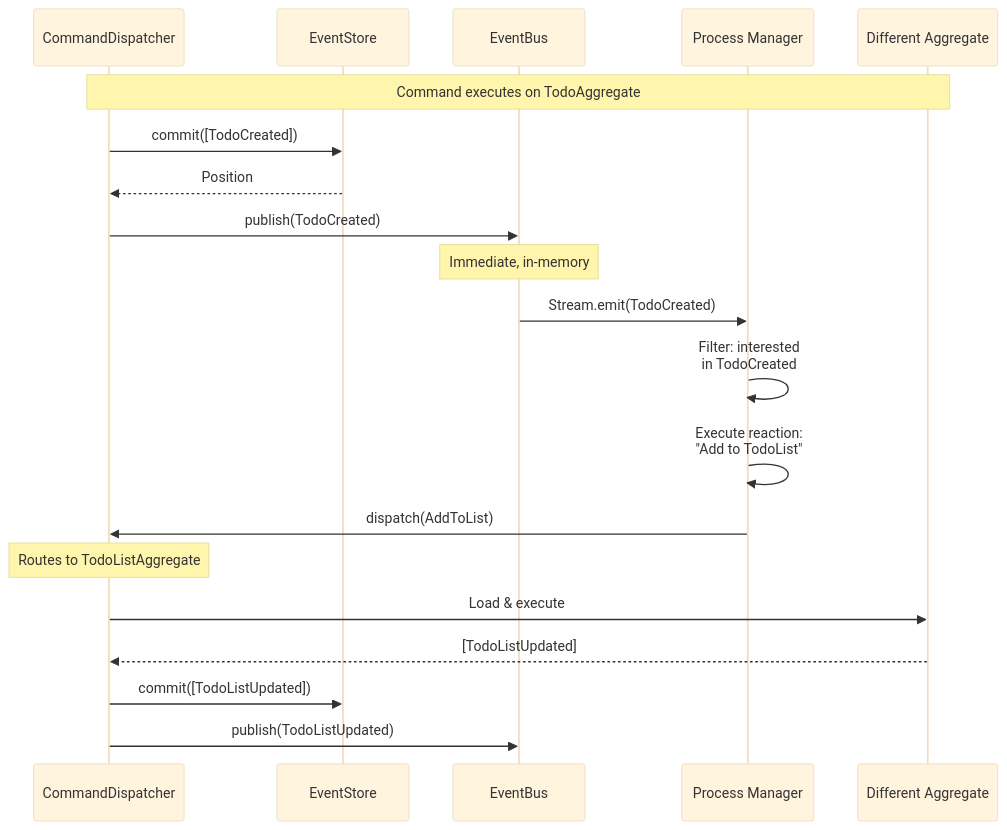
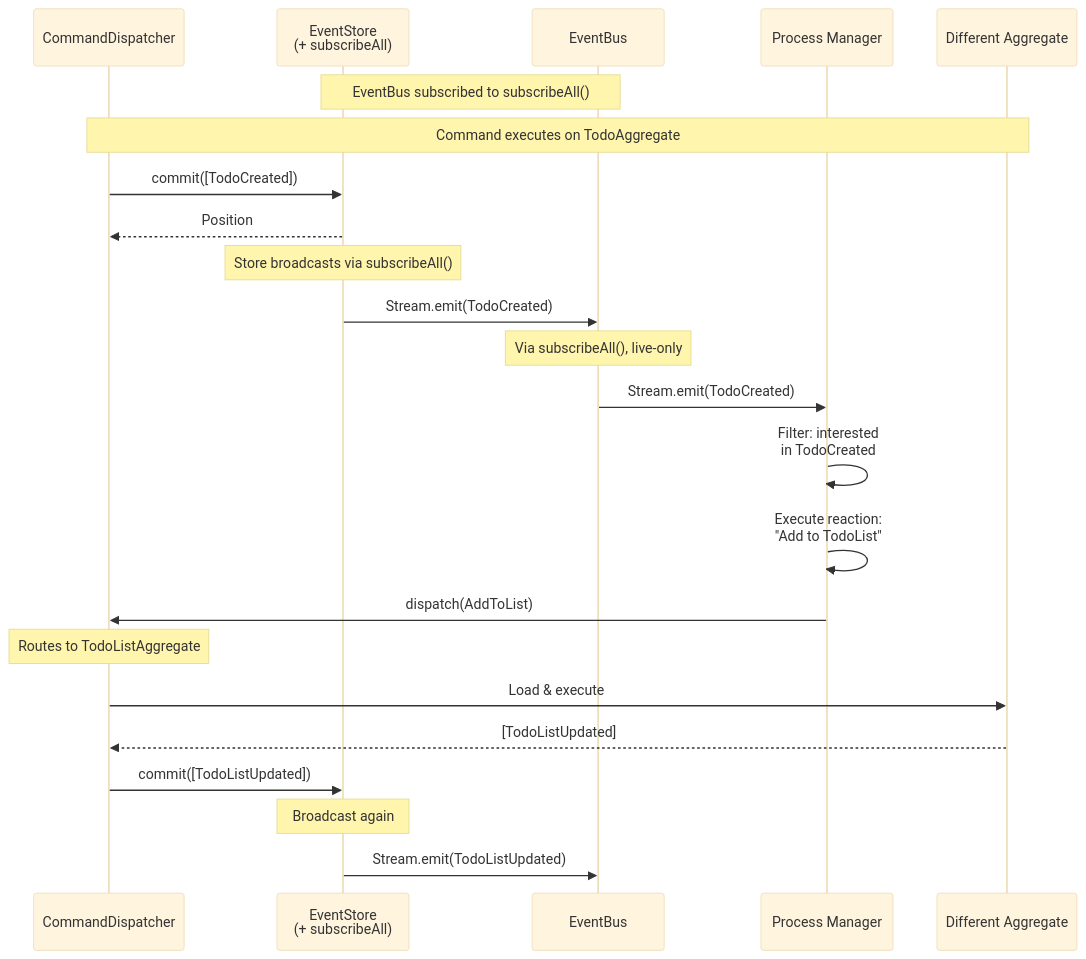
One commit to CodeForBreakfast/eventsourcing changed the fifth of 6 diagrams in docs/plans/eventsourcing-server-sequence-diagram.md. Above: the diagram before and after it, drawn with Mermaid (base theme). The commit also changed other lines of this file and 2 other files, not shown here.

First line of the commit message:
docs: update eventsourcing-server design for EventStore.subscribeAll()

````diff
--- a/docs/plans/eventsourcing-server-sequence-diagram.md
+++ b/docs/plans/eventsourcing-server-sequence-diagram.md
@@ -171,28 +173,35 @@
 ```mermaid
 sequenceDiagram
     participant Dispatcher as CommandDispatcher
-    participant Store as EventStore
+    participant Store as EventStore<br/>(+ subscribeAll)
     participant Bus as EventBus
     participant PM as Process Manager
     participant Agg2 as Different Aggregate
+
+    Note over Bus,Store: EventBus subscribed to subscribeAll()
 
     Note over Dispatcher,Agg2: Command executes on TodoAggregate
 
     Dispatcher->>Store: commit([TodoCreated])
     Store-->>Dispatcher: Position
 
-    Dispatcher->>Bus: publish(TodoCreated)
-    Note over Bus: Immediate, in-memory
+    Note over Store: Store broadcasts via subscribeAll()
+
+    Store->>Bus: Stream.emit(TodoCreated)
+    Note over Bus: Via subscribeAll(), live-only
 
     Bus->>PM: Stream.emit(TodoCreated)
     PM->>PM: Filter: interested<br/>in TodoCreated
     PM->>PM: Execute reaction:<br/>"Add to TodoList"
 
     PM->>Dispatcher: dispatch(AddToList)
     Note over Dispatcher: Routes to TodoListAggregate
 
     Dispatcher->>Agg2: Load & execute
     Agg2-->>Dispatcher: [TodoListUpdated]
     Dispatcher->>Store: commit([TodoListUpdated])
-    Dispatcher->>Bus: publish(TodoListUpdated)
+
+    Note over Store: Broadcast again
+
+    Store->>Bus: Stream.emit(TodoListUpdated)
 ```
````
